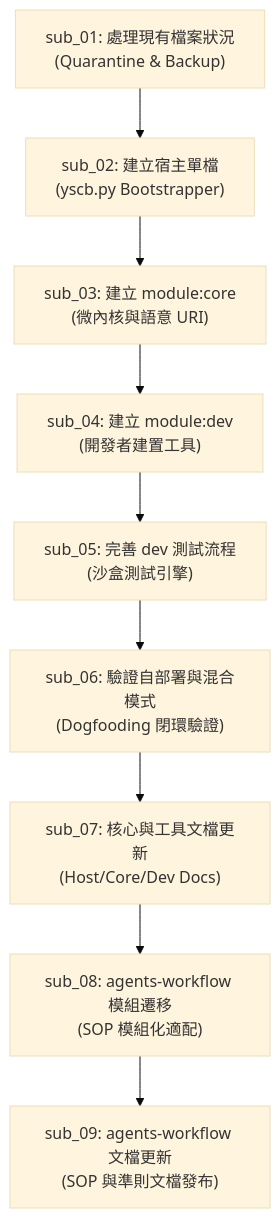
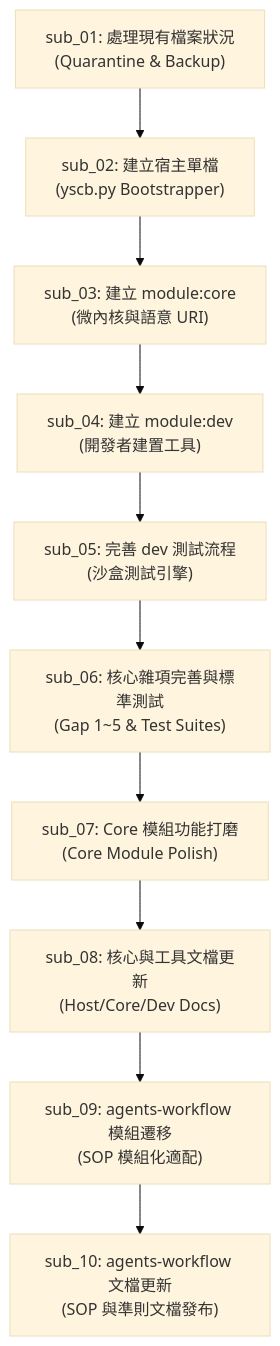
One commit to ysnaive/ys-codebase changed the diagram in plans/2026_08_23_2030_architecture_refactor/umbrella_overview.md. Above: the diagram before and after it, drawn with Mermaid (base theme). The commit also changed other lines of this file and 29 other files, not shown here.

Commit message:
feat(core): polish microkernel injection, namespaced hooks, and strict project_root resolution

````diff
--- a/plans/2026_08_23_2030_architecture_refactor/umbrella_overview.md
+++ b/plans/2026_08_23_2030_architecture_refactor/umbrella_overview.md
@@ -37,11 +38,12 @@
 ```mermaid
 flowchart TD
     sub_01["sub_01: 處理現有檔案狀況<br/>(Quarantine & Backup)"] --> sub_02["sub_02: 建立宿主單檔<br/>(yscb.py Bootstrapper)"]
     sub_02 --> sub_03["sub_03: 建立 module:core<br/>(微內核與語意 URI)"]
     sub_03 --> sub_04["sub_04: 建立 module:dev<br/>(開發者建置工具)"]
     sub_04 --> sub_05["sub_05: 完善 dev 測試流程<br/>(沙盒測試引擎)"]
-    sub_05 --> sub_06["sub_06: 驗證自部署與混合模式<br/>(Dogfooding 閉環驗證)"]
-    sub_06 --> sub_07["sub_07: 核心與工具文檔更新<br/>(Host/Core/Dev Docs)"]
-    sub_07 --> sub_08["sub_08: agents-workflow 模組遷移<br/>(SOP 模組化適配)"]
-    sub_08 --> sub_09["sub_09: agents-workflow 文檔更新<br/>(SOP 與準則文檔發布)"]
+    sub_05 --> sub_06["sub_06: 核心雜項完善與標準測試<br/>(Gap 1~5 & Test Suites)"]
+    sub_06 --> sub_07["sub_07: Core 模組功能打磨<br/>(Core Module Polish)"]
+    sub_07 --> sub_08["sub_08: 核心與工具文檔更新<br/>(Host/Core/Dev Docs)"]
+    sub_08 --> sub_09["sub_09: agents-workflow 模組遷移<br/>(SOP 模組化適配)"]
+    sub_09 --> sub_10["sub_10: agents-workflow 文檔更新<br/>(SOP 與準則文檔發布)"]
 ```
````
